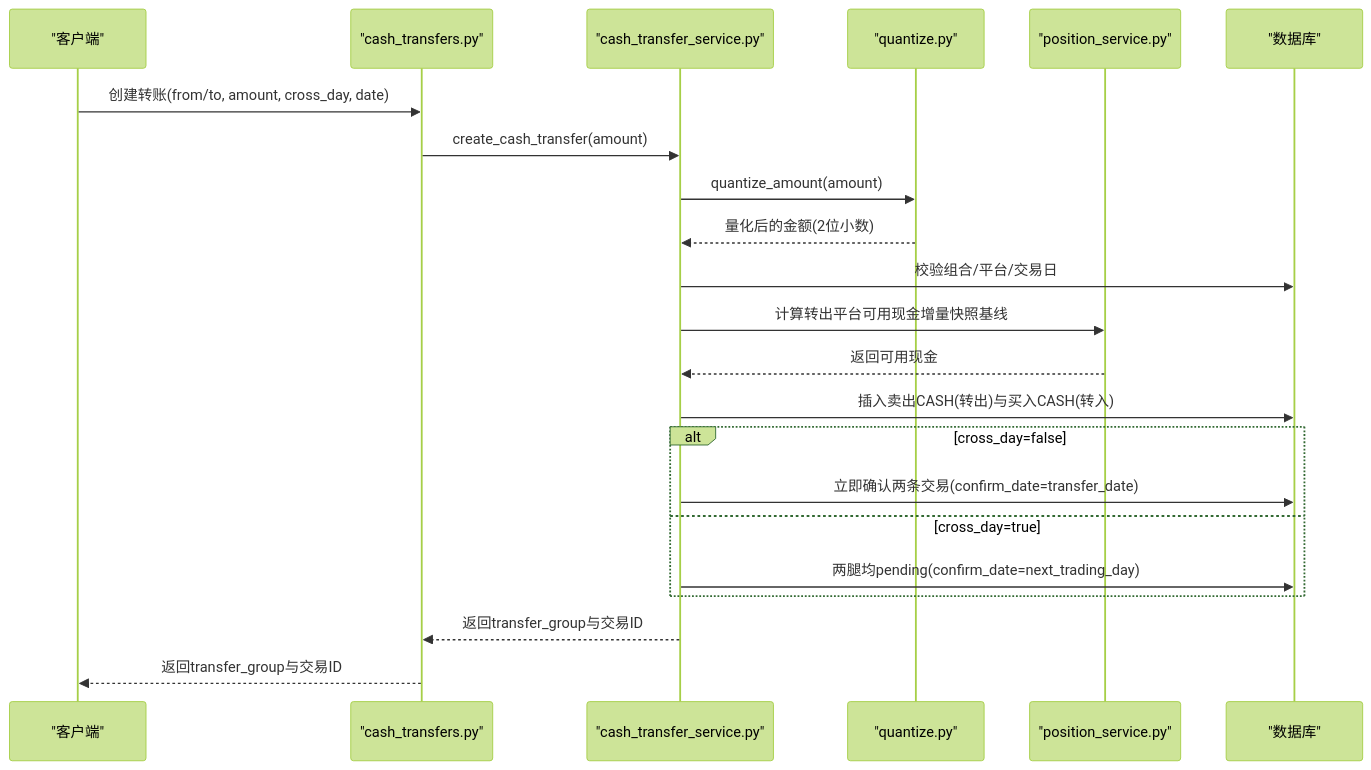
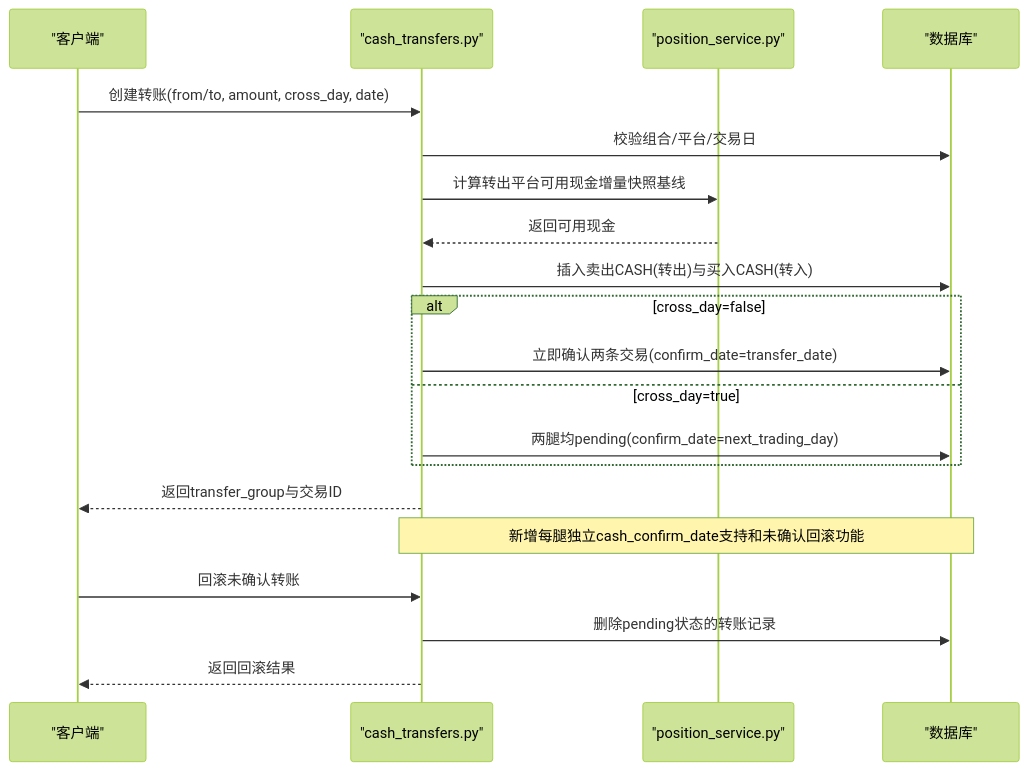
One commit to gujialind/InvestRing changed the seventh of 9 diagrams in .qoder/repowiki/zh/content/核心业务功能/平台间现金转移系统.md. Above: the diagram before and after it, drawn with Mermaid (forest theme). The commit also changed other lines of this file and 64 other files, not shown here.

````diff
--- a/.qoder/repowiki/zh/content/核心业务功能/平台间现金转移系统.md
+++ b/.qoder/repowiki/zh/content/核心业务功能/平台间现金转移系统.md
@@ -375,24 +348,22 @@
 ```mermaid
 sequenceDiagram
 participant Client as "客户端"
 participant Router as "cash_transfers.py"
-participant Service as "cash_transfer_service.py"
-participant Quantizer as "quantize.py"
 participant PosSvc as "position_service.py"
 participant DB as "数据库"
 Client->>Router : 创建转账(from/to, amount, cross_day, date)
-Router->>Service : create_cash_transfer(amount)
-Service->>Quantizer : quantize_amount(amount)
-Quantizer-->>Service : 量化后的金额(2位小数)
-Service->>DB : 校验组合/平台/交易日
-Service->>PosSvc : 计算转出平台可用现金增量快照基线
-PosSvc-->>Service : 返回可用现金
-Service->>DB : 插入卖出CASH(转出)与买入CASH(转入)
+Router->>DB : 校验组合/平台/交易日
+Router->>PosSvc : 计算转出平台可用现金增量快照基线
+PosSvc-->>Router : 返回可用现金
+Router->>DB : 插入卖出CASH(转出)与买入CASH(转入)
 alt cross_day=false
-Service->>DB : 立即确认两条交易(confirm_date=transfer_date)
+Router->>DB : 立即确认两条交易(confirm_date=transfer_date)
 else cross_day=true
-Service->>DB : 两腿均pending(confirm_date=next_trading_day)
+Router->>DB : 两腿均pending(confirm_date=next_trading_day)
 end
-Service-->>Router : 返回transfer_group与交易ID
 Router-->>Client : 返回transfer_group与交易ID
+Note over Router,DB : 新增每腿独立cash_confirm_date支持和未确认回滚功能
+Client->>Router : 回滚未确认转账
+Router->>DB : 删除pending状态的转账记录
+Router-->>Client : 返回回滚结果
 ```
````
